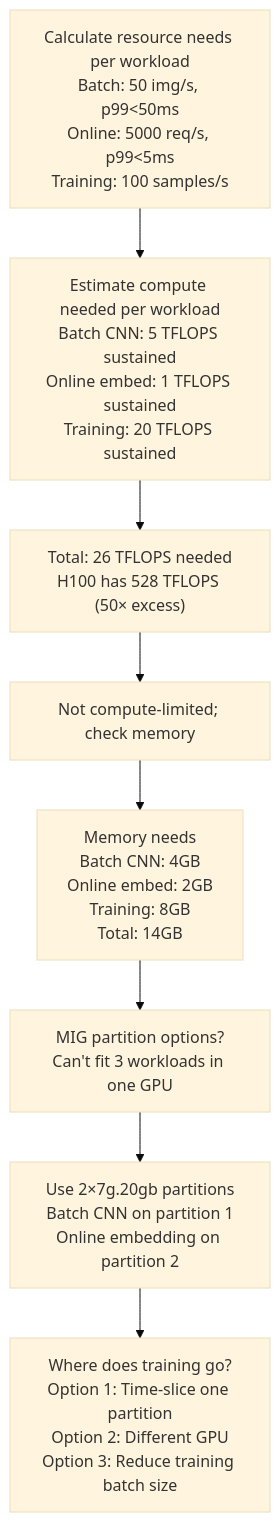
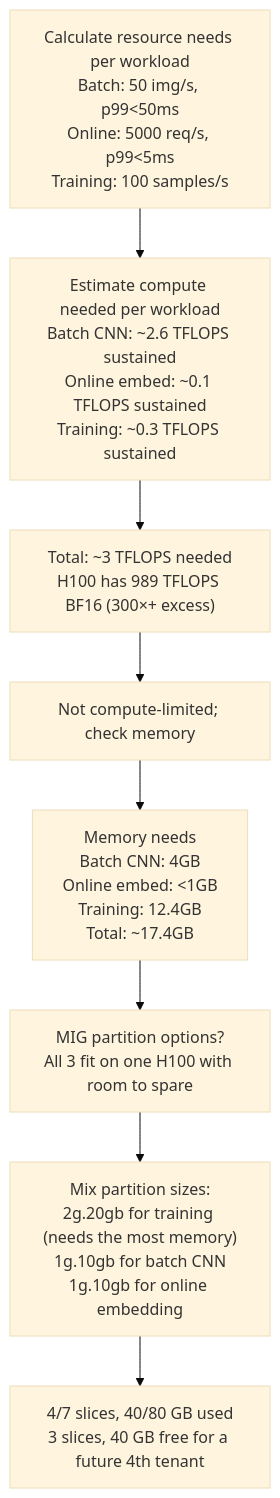
Before and after one commit to jithinpnjm/nvidia-devops: the diagram in docs/nvidia-zero-to-hero/volume-24/chapter-06-mig-configuration-multi-tenant.md, drawn with Mermaid (base theme). The commit also changed other lines of this file, not shown here.

````diff
--- a/docs/nvidia-zero-to-hero/volume-24/chapter-06-mig-configuration-multi-tenant.md
+++ b/docs/nvidia-zero-to-hero/volume-24/chapter-06-mig-configuration-multi-tenant.md
@@ -242,10 +247,10 @@
 ```mermaid
 flowchart TD
-    A["Calculate resource needs per workload<br/>Batch: 50 img/s, p99<50ms<br/>Online: 5000 req/s, p99<5ms<br/>Training: 100 samples/s"] --> B["Estimate compute needed per workload<br/>Batch CNN: 5 TFLOPS sustained<br/>Online embed: 1 TFLOPS sustained<br/>Training: 20 TFLOPS sustained"]
-    B --> C["Total: 26 TFLOPS needed<br/>H100 has 528 TFLOPS (50× excess)"]
+    A["Calculate resource needs per workload<br/>Batch: 50 img/s, p99<50ms<br/>Online: 5000 req/s, p99<5ms<br/>Training: 100 samples/s"] --> B["Estimate compute needed per workload<br/>Batch CNN: ~2.6 TFLOPS sustained<br/>Online embed: ~0.1 TFLOPS sustained<br/>Training: ~0.3 TFLOPS sustained"]
+    B --> C["Total: ~3 TFLOPS needed<br/>H100 has 989 TFLOPS BF16 (300×+ excess)"]
     C --> D["Not compute-limited; check memory"]
-    D --> E["Memory needs<br/>Batch CNN: 4GB<br/>Online embed: 2GB<br/>Training: 8GB<br/>Total: 14GB"]
-    E --> F["MIG partition options?<br/>Can't fit 3 workloads in one GPU"]
-    F --> G["Use 2×7g.20gb partitions<br/>Batch CNN on partition 1<br/>Online embedding on partition 2"]
-    G --> H["Where does training go?<br/>Option 1: Time-slice one partition<br/>Option 2: Different GPU<br/>Option 3: Reduce training batch size"]
+    D --> E["Memory needs<br/>Batch CNN: 4GB<br/>Online embed: <1GB<br/>Training: 12.4GB<br/>Total: ~17.4GB"]
+    E --> F["MIG partition options?<br/>All 3 fit on one H100 with room to spare"]
+    F --> G["Mix partition sizes:<br/>2g.20gb for training (needs the most memory)<br/>1g.10gb for batch CNN<br/>1g.10gb for online embedding"]
+    G --> H["4/7 slices, 40/80 GB used<br/>3 slices, 40 GB free for a future 4th tenant"]
 ```
````
